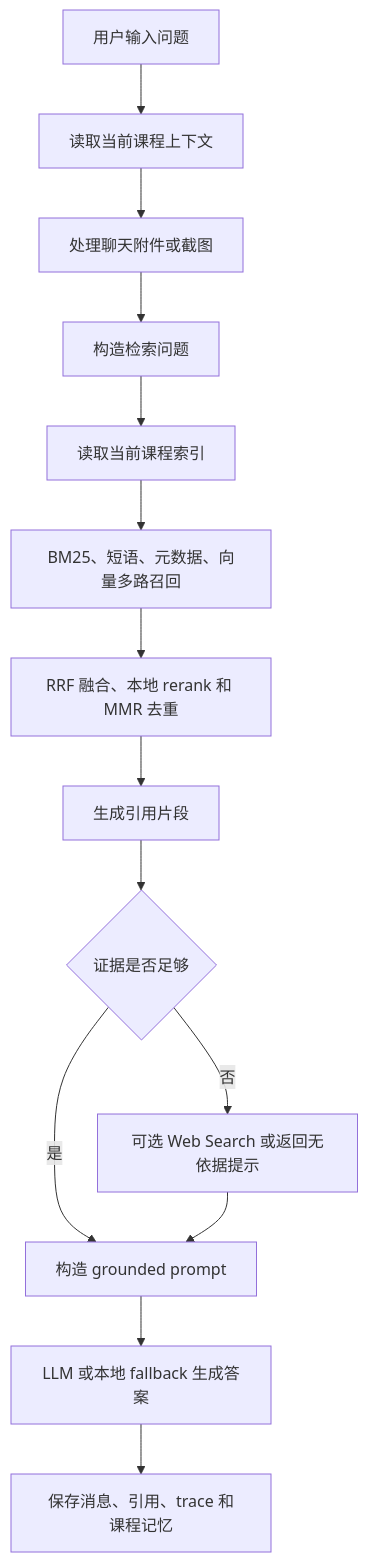
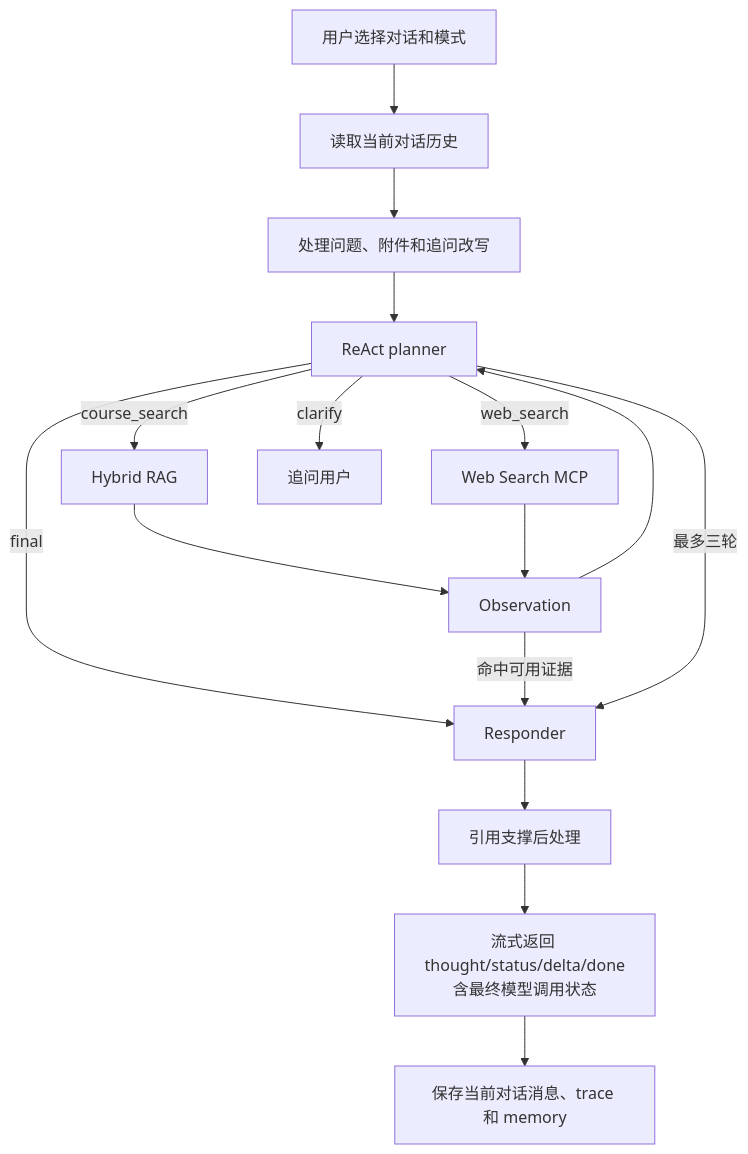
The seventh of 8 diagrams in docs/夏季实训提交材料/大型实习报告.md (LuMH1027/ai-learn-assistant), drawn with Mermaid before and after one commit. The commit also changed other lines of this file and 50 other files, not shown here.

````diff
--- a/docs/夏季实训提交材料/大型实习报告.md
+++ b/docs/夏季实训提交材料/大型实习报告.md
@@ -279,16 +282,18 @@
 ```mermaid
 flowchart TD
-    A["用户输入问题"] --> B["读取当前课程上下文"]
-    B --> C["处理聊天附件或截图"]
-    C --> D["构造检索问题"]
-    D --> E["读取当前课程索引"]
-    E --> F["BM25、短语、元数据、向量多路召回"]
-    F --> G["RRF 融合、本地 rerank 和 MMR 去重"]
-    G --> H["生成引用片段"]
-    H --> I{"证据是否足够"}
-    I -- 是 --> J["构造 grounded prompt"]
-    I -- 否 --> K["可选 Web Search 或返回无依据提示"]
-    K --> J
-    J --> L["LLM 或本地 fallback 生成答案"]
-    L --> M["保存消息、引用、trace 和课程记忆"]
+    A["用户选择对话和模式"] --> B["读取当前对话历史"]
+    B --> C["处理问题、附件和追问改写"]
+    C --> D["ReAct planner"]
+    D -->|course_search| E["Hybrid RAG"]
+    D -->|web_search| F["Web Search MCP"]
+    D -->|clarify| H0["追问用户"]
+    D -->|final| H["Responder"]
+    E --> G["Observation"]
+    F --> G
+    G --> D
+    G -->|命中可用证据| H
+    D -->|最多三轮| H
+    H --> I["引用支撑后处理"]
+    I --> J["流式返回 thought/status/delta/done\n含最终模型调用状态"]
+    J --> K["保存当前对话消息、trace 和 memory"]
 ```
````
